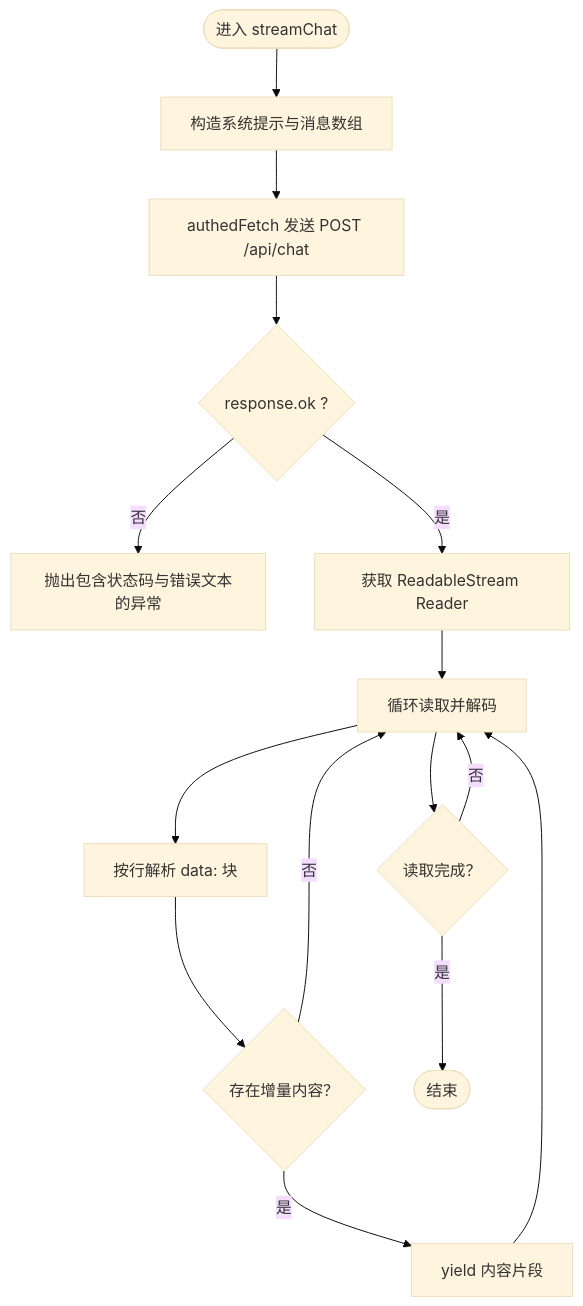
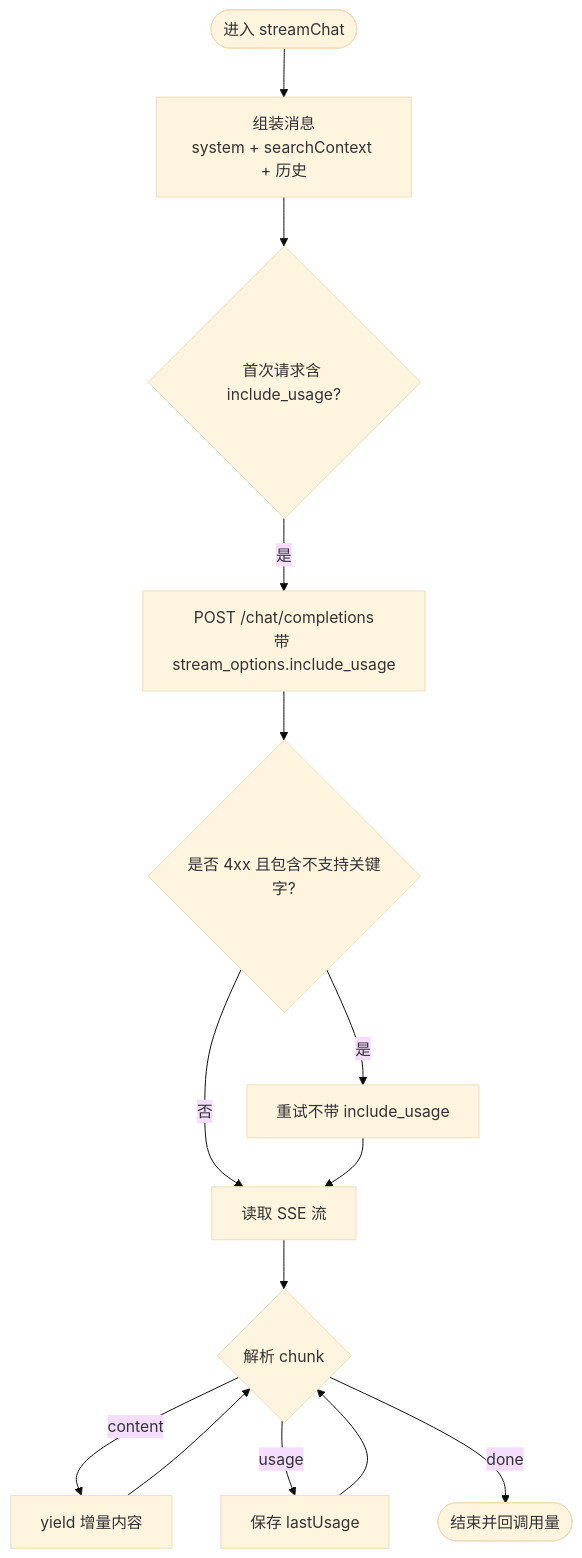
Before and after one commit to billye220670/AIShop: the third of 7 diagrams in .qoder/repowiki/zh/content/API 集成/API 集成.md, drawn with Mermaid (base theme). The commit also changed other lines of this file and 135 other files, not shown here.

````diff
--- a/.qoder/repowiki/zh/content/API 集成/API 集成.md
+++ b/.qoder/repowiki/zh/content/API 集成/API 集成.md
@@ -377,17 +152,16 @@
 ```mermaid
 flowchart TD
-Start(["进入 streamChat"]) --> BuildMsgs["构造系统提示与消息数组"]
-BuildMsgs --> SendReq["authedFetch 发送 POST /api/chat"]
-SendReq --> RespOK{"response.ok ?"}
-RespOK --> |否| ThrowErr["抛出包含状态码与错误文本的异常"]
-RespOK --> |是| GetReader["获取 ReadableStream Reader"]
-GetReader --> Loop["循环读取并解码"]
-Loop --> ParseLine["按行解析 data: 块"]
-ParseLine --> YieldChunk{"存在增量内容？"}
-YieldChunk --> |是| Yield["yield 内容片段"]
-Yield --> Loop
-YieldChunk --> |否| Loop
-Loop --> Done{"读取完成？"}
-Done --> |否| Loop
-Done --> |是| End(["结束"])
+Start(["进入 streamChat"]) --> BuildMsg["组装消息<br/>system + searchContext + 历史"]
+BuildMsg --> SendReq{"首次请求含 include_usage?"}
+SendReq --> |是| Post1["POST /chat/completions<br/>带 stream_options.include_usage"]
+Post1 --> Check1{"是否 4xx 且包含不支持关键字?"}
+Check1 --> |是| Post2["重试不带 include_usage"]
+Check1 --> |否| ReadStream["读取 SSE 流"]
+Post2 --> ReadStream
+ReadStream --> ParseChunk{"解析 chunk"}
+ParseChunk --> |content| Yield["yield 增量内容"]
+ParseChunk --> |usage| SaveUsage["保存 lastUsage"]
+ParseChunk --> |done| End(["结束并回调用量"])
+Yield --> ParseChunk
+SaveUsage --> ParseChunk
 ```
````
